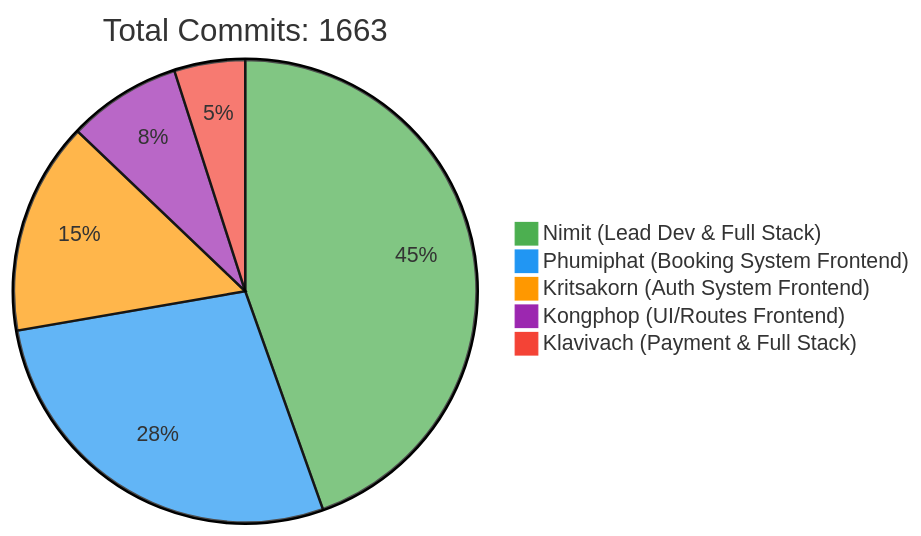
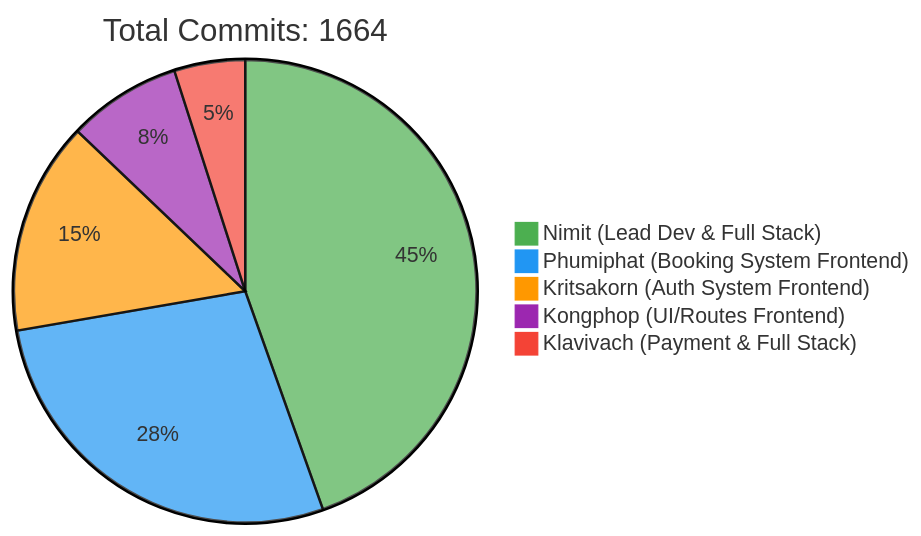
One commit to 6531503042/Sport-Complex changed the first of 2 diagrams in README.md. Above: the diagram before and after it, drawn with Mermaid. The commit also changed other lines of this file, not shown here.

Commit message:
docs: Update contributor statistics [skip ci]

````diff
--- a/README.md
+++ b/README.md
@@ -257,10 +257,10 @@
 ```mermaid
 %%{init: {'theme': 'base', 'themeVariables': { 'pie1': '#4CAF50', 'pie2': '#2196F3', 'pie3': '#FF9800', 'pie4': '#9C27B0', 'pie5': '#F44336'}}}%%
 pie
-    title Total Commits: 1663
+    title Total Commits: 1664
     "Nimit (Lead Dev & Full Stack)" : 450
     "Phumiphat (Booking System Frontend)" : 280
     "Kritsakorn (Auth System Frontend)" : 150
     "Kongphop (UI/Routes Frontend)" : 80
     "Klavivach (Payment & Full Stack)" : 50
 ```
````
